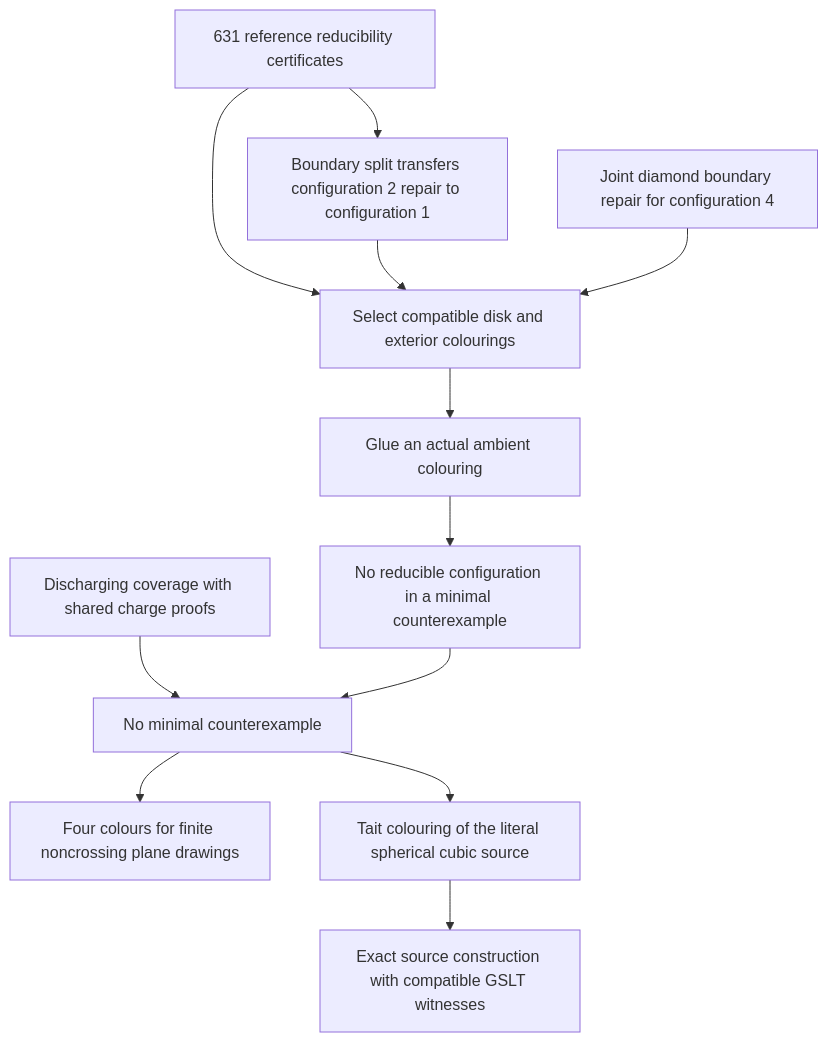
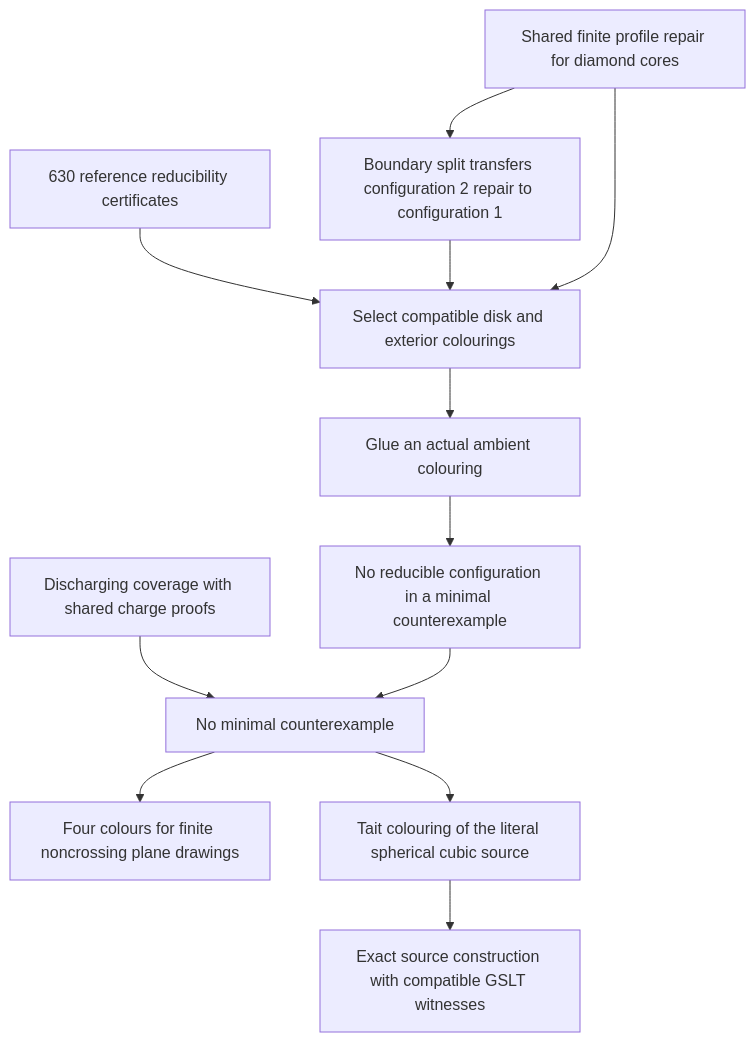
One commit to godelclaw/MeTTapedia changed the diagram in papers/benxiv/fourcolor-compositional/README.md. Above: the diagram before and after it, drawn with Mermaid. The commit also changed other lines of this file and 18 other files, not shown here.

Commit message:
feat(fourcolor): certify joint-profile repair across diamond cores

````diff
--- a/papers/benxiv/fourcolor-compositional/README.md
+++ b/papers/benxiv/fourcolor-compositional/README.md
@@ -76,14 +80,14 @@
 ```mermaid
 flowchart TD
-  C[631 reference reducibility certificates] --> R[Select compatible disk and exterior colourings]
-  C --> B[Boundary split transfers configuration 2 repair to configuration 1]
+  C[630 reference reducibility certificates] --> R[Select compatible disk and exterior colourings]
+  J[Shared finite profile repair for diamond cores] --> B[Boundary split transfers configuration 2 repair to configuration 1]
   B --> R
-  J[Joint diamond boundary repair for configuration 4] --> R
+  J --> R
   R --> G[Glue an actual ambient colouring]
   G --> M[No reducible configuration in a minimal counterexample]
   D[Discharging coverage with shared charge proofs] --> N[No minimal counterexample]
   M --> N
   N --> P[Four colours for finite noncrossing plane drawings]
   N --> T[Tait colouring of the literal spherical cubic source]
   T --> S[Exact source construction with compatible GSLT witnesses]
 ```
````
